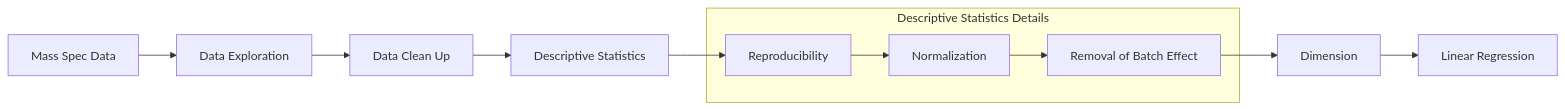
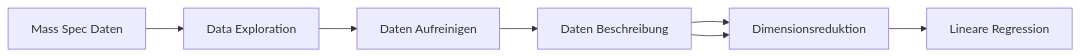
One commit to MichelaPozzi/2025-topic-03-group-04 changed the diagram in README.md. Above: the diagram before and after it, drawn with Mermaid.

````diff
--- a/README.md
+++ b/README.md
@@ -51,18 +51,9 @@
 ```mermaid
 flowchart LR
-    A[Mass Spec Data] --> B[Data Exploration]
-    B --> C[Data Clean Up]
-    C --> D[Descriptive Statistics]
-    
-    subgraph Descriptive_Stats ["Descriptive Statistics Details"]
-        D1[Reproducibility]
-        D2[Normalization]
-        D3[Removal of Batch Effect]
-    end
-    
-    D --> D1
-    D1 --> D2
-    D2 --> D3
-    D3 --> E[Dimension]
-    E --> F[Linear Regression]
+    A[Mass Spec Daten] --> B[Data Exploration]
+    B --> C[Daten Aufreinigen]
+    C --> D[Daten Beschreibung]
+    D --> E[Daten Normalisierung]
+    D --> E[Dimensionsreduktion]
+    E --> F[Lineare Regression]
 ```
````
